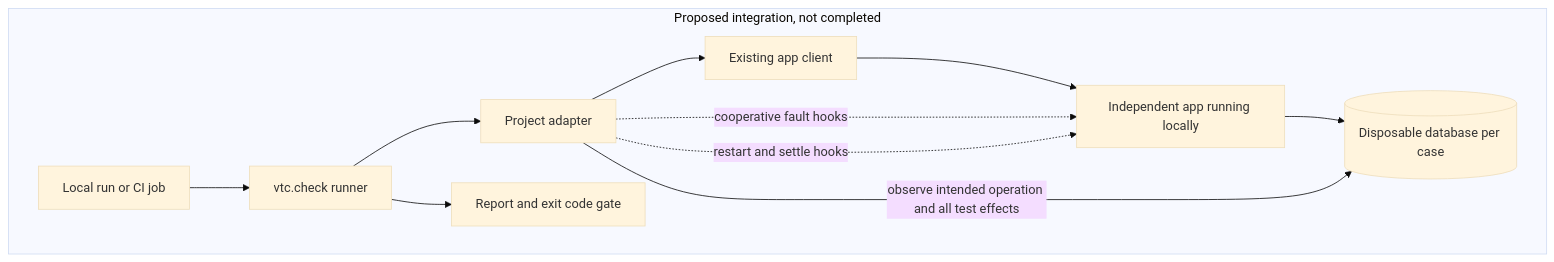
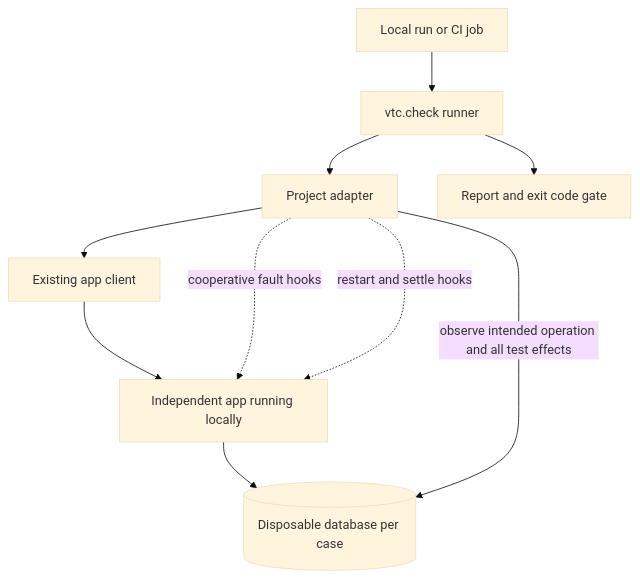
Before and after one commit to gael55x/verified-tool-calls-lab: the third of 3 diagrams in docs/WALKTHROUGH.md, drawn with Mermaid (base theme). The commit also changed other lines of this file and 4 other files, not shown here.

Commit message:
Keep integration explanations outside diagrams

````diff
--- a/docs/WALKTHROUGH.md
+++ b/docs/WALKTHROUGH.md
@@ -147,14 +147,12 @@
 ```mermaid
 flowchart TD
-    subgraph PROP[Proposed integration, not completed]
         CI[Local run or CI job] --> RUN[vtc.check runner]
         RUN --> AD[Project adapter]
         AD --> CL[Existing app client]
         CL --> APP[Independent app running locally]
         APP --> DB[(Disposable database per case)]
         AD -.->|cooperative fault hooks| APP
         AD -.->|restart and settle hooks| APP
         AD -->|observe intended operation and all test effects| DB
         RUN --> GATE[Report and exit code gate]
-    end
 ```
````
